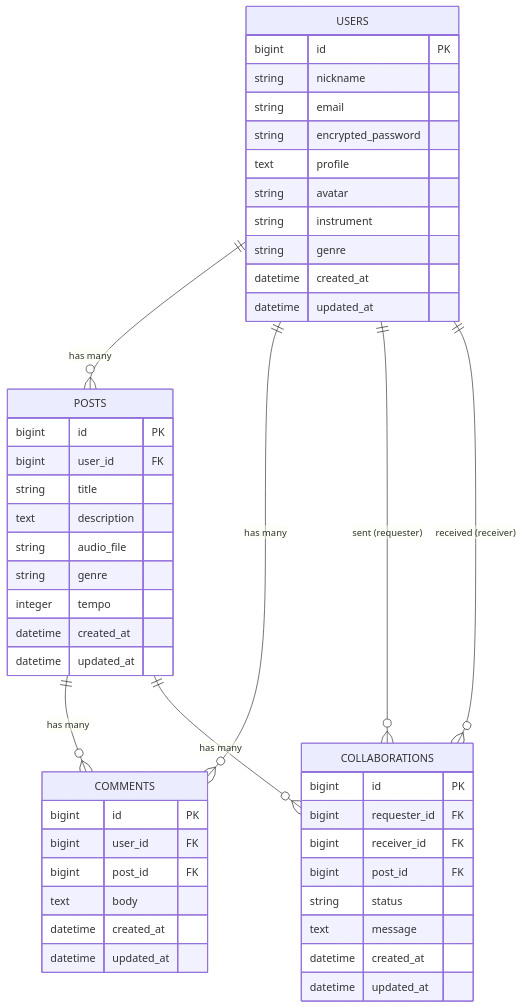
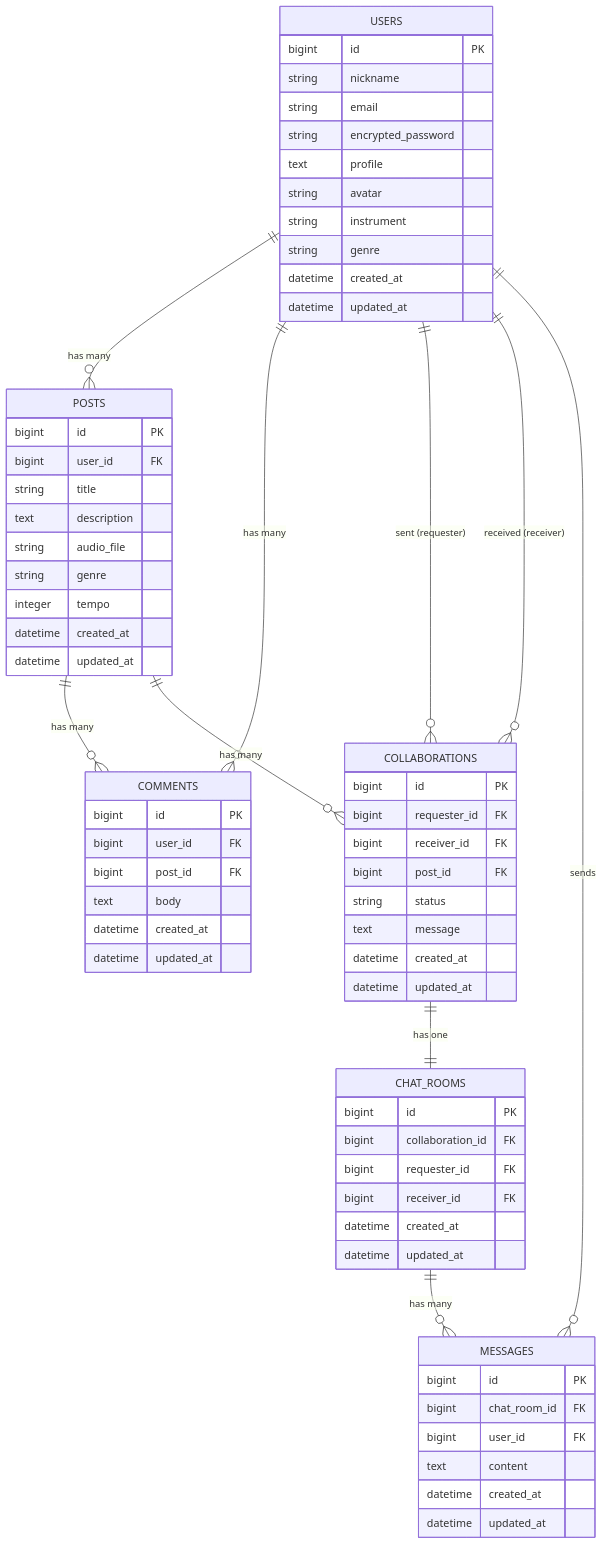
The first of 2 diagrams in README.md (kaito8958/collab_tune), drawn with Mermaid before and after one commit. The commit also changed other lines of this file and 1 other file, not shown here.

Commit message:
ER図などを少し編集

````diff
--- a/README.md
+++ b/README.md
@@ -63,54 +63,76 @@
 ```mermaid
 erDiagram
   USERS {
     bigint id PK
     string nickname
     string email
     string encrypted_password
     text profile
     string avatar
     string instrument
     string genre
     datetime created_at
     datetime updated_at
   }
 
   POSTS {
     bigint id PK
     bigint user_id FK
     string title
     text description
     string audio_file
     string genre
     integer tempo
     datetime created_at
     datetime updated_at
   }
 
   COMMENTS {
     bigint id PK
     bigint user_id FK
     bigint post_id FK
     text body
     datetime created_at
     datetime updated_at
   }
 
   COLLABORATIONS {
     bigint id PK
     bigint requester_id FK
     bigint receiver_id FK
     bigint post_id FK
     string status
     text message
     datetime created_at
     datetime updated_at
   }
 
+  CHAT_ROOMS {
+    bigint id PK
+    bigint collaboration_id FK
+    bigint requester_id FK
+    bigint receiver_id FK
+    datetime created_at
+    datetime updated_at
+  }
+
+  MESSAGES {
+    bigint id PK
+    bigint chat_room_id FK
+    bigint user_id FK
+    text content
+    datetime created_at
+    datetime updated_at
+  }
+
   USERS ||--o{ POSTS : "has many"
   USERS ||--o{ COMMENTS : "has many"
   USERS ||--o{ COLLABORATIONS : "sent (requester)"
   USERS ||--o{ COLLABORATIONS : "received (receiver)"
+  USERS ||--o{ MESSAGES : "sends"
   POSTS ||--o{ COMMENTS : "has many"
   POSTS ||--o{ COLLABORATIONS : "has many"
+  COLLABORATIONS ||--|| CHAT_ROOMS : "has one"
+  CHAT_ROOMS ||--o{ MESSAGES : "has many"
+
 ```
````
